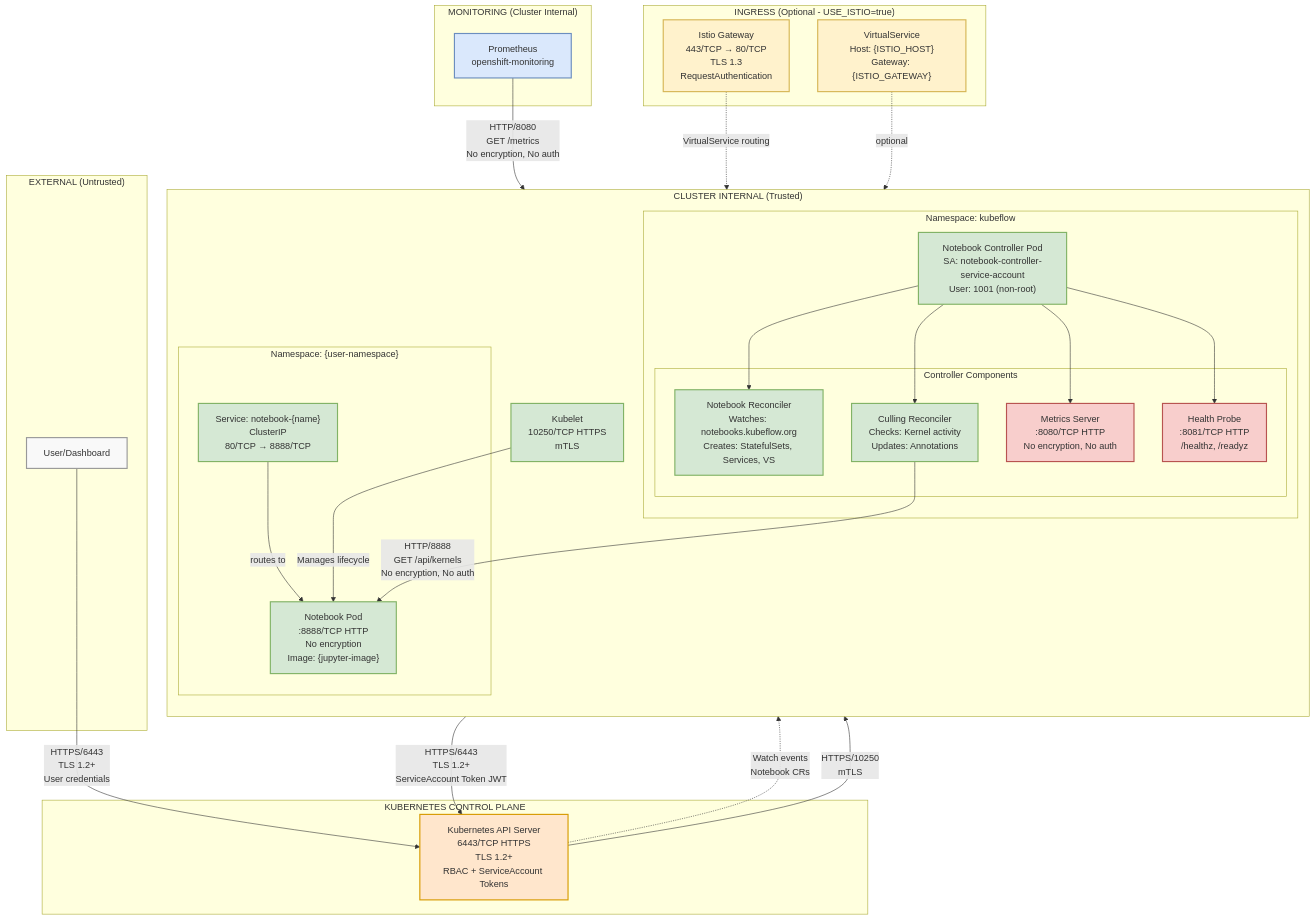
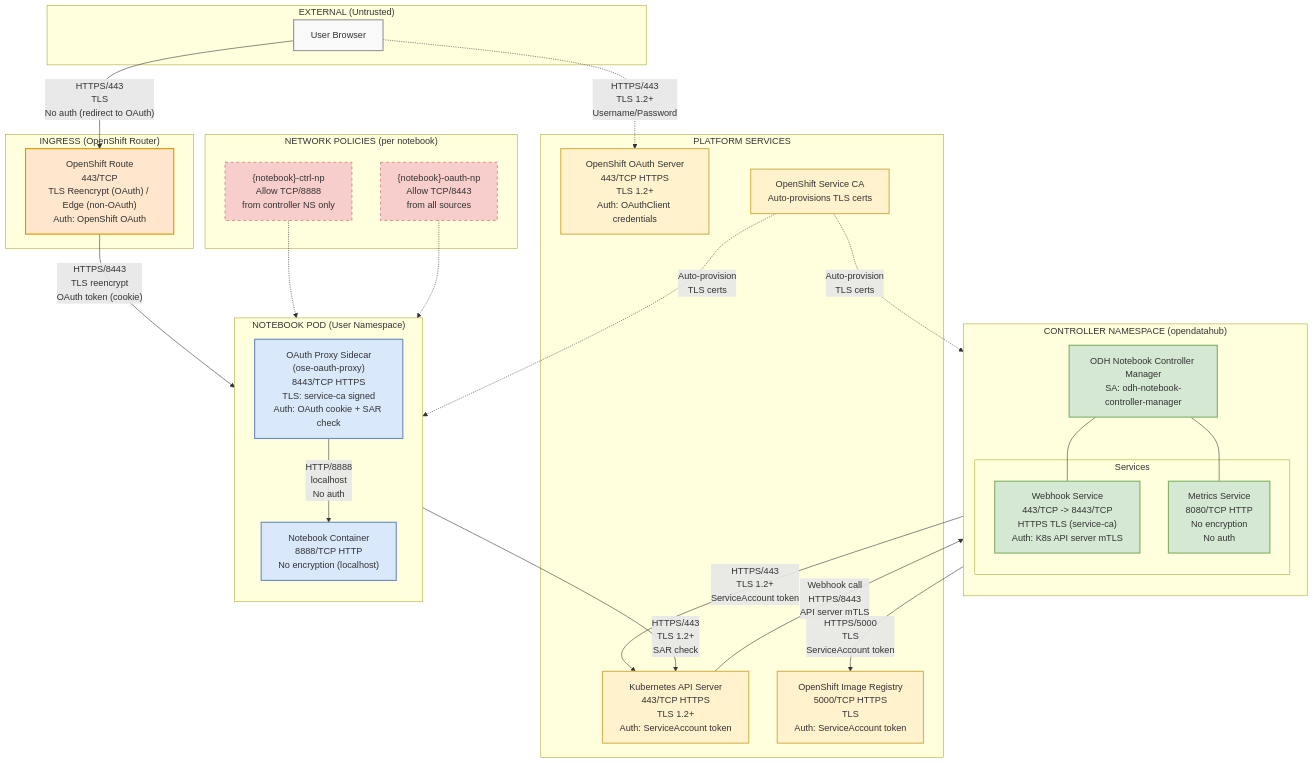
Before and after one commit to rhuss/architecture-context: the diagram in architecture/rhoai-2.25/diagrams/kubeflow-security-network.mmd, drawn with Mermaid. The commit also changed 634 other files, not shown here.

```diff
--- a/architecture/rhoai-2.25/diagrams/kubeflow-security-network.mmd
+++ b/architecture/rhoai-2.25/diagrams/kubeflow-security-network.mmd
@@ -1,74 +1,79 @@
+%% Security Network Diagram - ODH Notebook Controller (kubeflow)
+%% Generated by: Claude Opus 4.6
+
 graph TB
     subgraph External["EXTERNAL (Untrusted)"]
-        User["User/Dashboard"]
+        Browser["User Browser"]
     end
 
-    subgraph ControlPlane["KUBERNETES CONTROL PLANE"]
-        K8sAPI["Kubernetes API Server<br/>6443/TCP HTTPS<br/>TLS 1.2+<br/>RBAC + ServiceAccount Tokens"]
+    subgraph Ingress["INGRESS (OpenShift Router)"]
+        Route["OpenShift Route<br/>443/TCP<br/>TLS Reencrypt (OAuth) / Edge (non-OAuth)<br/>Auth: OpenShift OAuth"]
     end
 
-    subgraph ClusterInternal["CLUSTER INTERNAL (Trusted)"]
+    subgraph NotebookPod["NOTEBOOK POD (User Namespace)"]
         direction TB
+        OAuthProxy["OAuth Proxy Sidecar<br/>(ose-oauth-proxy)<br/>8443/TCP HTTPS<br/>TLS: service-ca signed<br/>Auth: OAuth cookie + SAR check"]
+        NotebookContainer["Notebook Container<br/>8888/TCP HTTP<br/>No encryption (localhost)"]
+        OAuthProxy -->|"HTTP/8888<br/>localhost<br/>No auth"| NotebookContainer
+    end
 
-        subgraph ControllerNamespace["Namespace: kubeflow"]
-            Controller["Notebook Controller Pod<br/>SA: notebook-controller-service-account<br/>User: 1001 (non-root)"]
+    subgraph ControllerNS["CONTROLLER NAMESPACE (opendatahub)"]
+        direction TB
+        ControllerMgr["ODH Notebook Controller Manager<br/>SA: odh-notebook-controller-manager"]
 
-            subgraph ControllerComponents["Controller Components"]
-                NotebookRecon["Notebook Reconciler<br/>Watches: notebooks.kubeflow.org<br/>Creates: StatefulSets, Services, VS"]
-                CullingRecon["Culling Reconciler<br/>Checks: Kernel activity<br/>Updates: Annotations"]
-                Metrics["Metrics Server<br/>:8080/TCP HTTP<br/>No encryption, No auth"]
-                Health["Health Probe<br/>:8081/TCP HTTP<br/>/healthz, /readyz"]
-            end
-
-            Controller --> NotebookRecon
-            Controller --> CullingRecon
-            Controller --> Metrics
-            Controller --> Health
+        subgraph Services["Services"]
+            WebhookSvc["Webhook Service<br/>443/TCP -> 8443/TCP<br/>HTTPS TLS (service-ca)<br/>Auth: K8s API server mTLS"]
+            MetricsSvc["Metrics Service<br/>8080/TCP HTTP<br/>No encryption<br/>No auth"]
         end
 
-        Kubelet["Kubelet<br/>10250/TCP HTTPS<br/>mTLS"]
-
-        subgraph UserNamespace["Namespace: {user-namespace}"]
-            NotebookPod["Notebook Pod<br/>:8888/TCP HTTP<br/>No encryption<br/>Image: {jupyter-image}"]
-            NotebookService["Service: notebook-{name}<br/>ClusterIP<br/>80/TCP → 8888/TCP"]
-        end
-
-        NotebookService -->|routes to| NotebookPod
+        ControllerMgr --- WebhookSvc
+        ControllerMgr --- MetricsSvc
     end
 
-    subgraph Monitoring["MONITORING (Cluster Internal)"]
-        Prometheus["Prometheus<br/>openshift-monitoring"]
+    subgraph PlatformServices["PLATFORM SERVICES"]
+        K8sAPI["Kubernetes API Server<br/>443/TCP HTTPS<br/>TLS 1.2+<br/>Auth: ServiceAccount token"]
+        OAuthServer["OpenShift OAuth Server<br/>443/TCP HTTPS<br/>TLS 1.2+<br/>Auth: OAuthClient credentials"]
+        ServiceCA["OpenShift Service CA<br/>Auto-provisions TLS certs"]
+        ImageRegistry["OpenShift Image Registry<br/>5000/TCP HTTPS<br/>TLS<br/>Auth: ServiceAccount token"]
     end
 
-    subgraph Ingress["INGRESS (Optional - USE_ISTIO=true)"]
-        IstioGateway["Istio Gateway<br/>443/TCP → 80/TCP<br/>TLS 1.3<br/>RequestAuthentication"]
-        VirtualService["VirtualService<br/>Host: {ISTIO_HOST}<br/>Gateway: {ISTIO_GATEWAY}"]
+    subgraph NetworkPolicies["NETWORK POLICIES (per notebook)"]
+        CtrlNP["{notebook}-ctrl-np<br/>Allow TCP/8888<br/>from controller NS only"]
+        OAuthNP["{notebook}-oauth-np<br/>Allow TCP/8443<br/>from all sources"]
     end
 
-    %% Flows
-    User -->|HTTPS/6443<br/>TLS 1.2+<br/>User credentials| K8sAPI
-    K8sAPI -.->|Watch events<br/>Notebook CRs| Controller
-    Controller -->|HTTPS/6443<br/>TLS 1.2+<br/>ServiceAccount Token JWT| K8sAPI
-    K8sAPI -->|HTTPS/10250<br/>mTLS| Kubelet
-    Kubelet -->|Manages lifecycle| NotebookPod
+    %% External flows
+    Browser -->|"HTTPS/443<br/>TLS<br/>No auth (redirect to OAuth)"| Route
+    Route -->|"HTTPS/8443<br/>TLS reencrypt<br/>OAuth token (cookie)"| OAuthProxy
 
-    CullingRecon -->|HTTP/8888<br/>GET /api/kernels<br/>No encryption, No auth| NotebookPod
-    Prometheus -->|HTTP/8080<br/>GET /metrics<br/>No encryption, No auth| Metrics
+    %% OAuth flow
+    Browser -.->|"HTTPS/443<br/>TLS 1.2+<br/>Username/Password"| OAuthServer
+    OAuthProxy -->|"HTTPS/443<br/>TLS 1.2+<br/>SAR check"| K8sAPI
 
-    IstioGateway -.->|VirtualService routing| NotebookService
-    VirtualService -.->|optional| NotebookService
+    %% Controller flows
+    K8sAPI -->|"Webhook call<br/>HTTPS/8443<br/>API server mTLS"| WebhookSvc
+    ControllerMgr -->|"HTTPS/443<br/>TLS 1.2+<br/>ServiceAccount token"| K8sAPI
+    ControllerMgr -->|"HTTPS/5000<br/>TLS<br/>ServiceAccount token"| ImageRegistry
+
+    %% Certificate provisioning
+    ServiceCA -.->|"Auto-provision<br/>TLS certs"| WebhookSvc
+    ServiceCA -.->|"Auto-provision<br/>TLS certs"| OAuthProxy
+
+    %% Network policy enforcement
+    CtrlNP -.-> NotebookContainer
+    OAuthNP -.-> OAuthProxy
 
     %% Styling
     classDef external fill:#f9f9f9,stroke:#999,stroke-width:2px
-    classDef controlplane fill:#ffe6cc,stroke:#d79b00,stroke-width:2px
-    classDef clusterinternal fill:#d5e8d4,stroke:#82b366,stroke-width:2px
-    classDef monitoring fill:#dae8fc,stroke:#6c8ebf,stroke-width:2px
-    classDef ingress fill:#fff2cc,stroke:#d6b656,stroke-width:2px
-    classDef insecure fill:#f8cecc,stroke:#b85450,stroke-width:2px
+    classDef ingress fill:#ffe6cc,stroke:#d79b00,stroke-width:2px
+    classDef notebookpod fill:#dae8fc,stroke:#6c8ebf,stroke-width:2px
+    classDef controller fill:#d5e8d4,stroke:#82b366,stroke-width:2px
+    classDef platform fill:#fff2cc,stroke:#d6b656,stroke-width:2px
+    classDef netpol fill:#f8cecc,stroke:#b85450,stroke-width:1px,stroke-dasharray:5
 
-    class User external
-    class K8sAPI controlplane
-    class Controller,NotebookRecon,CullingRecon,Kubelet,NotebookPod,NotebookService clusterinternal
-    class Metrics,Health insecure
-    class Prometheus monitoring
-    class IstioGateway,VirtualService ingress
+    class Browser external
+    class Route ingress
+    class OAuthProxy,NotebookContainer notebookpod
+    class ControllerMgr,WebhookSvc,MetricsSvc controller
+    class K8sAPI,OAuthServer,ServiceCA,ImageRegistry platform
+    class CtrlNP,OAuthNP netpol
```
